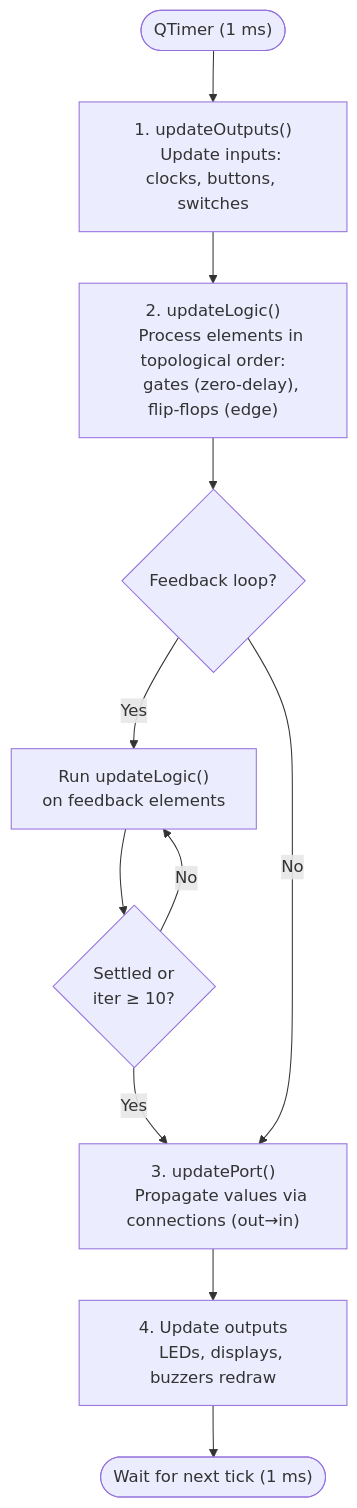
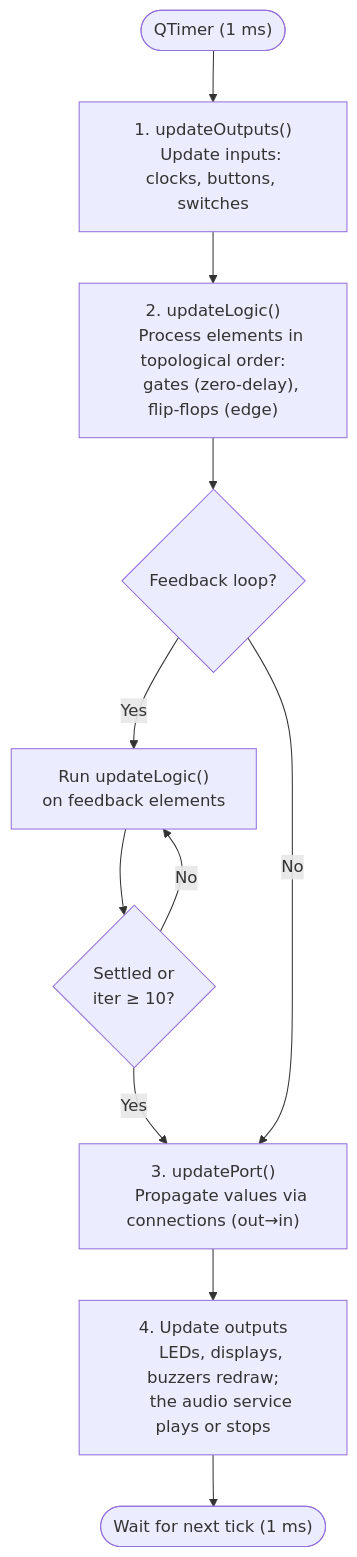
Before and after one commit to GIBIS-UNIFESP/wiRedPanda: the diagram in DEVELOPER_GUIDE.md, drawn with Mermaid. The commit also changed 41 other files, not shown here.

````diff
--- a/DEVELOPER_GUIDE.md
+++ b/DEVELOPER_GUIDE.md
@@ -790,26 +790,27 @@
 ```mermaid
 flowchart TD
     timer(["QTimer (1 ms)"])
     step1["1. updateOutputs()
     Update inputs: clocks, buttons, switches"]
     step2["2. updateLogic()
     Process elements in topological order:
     gates (zero-delay), flip-flops (edge)"]
     feedback{"Feedback loop?"}
     run_logic["Run updateLogic()
     on feedback elements"]
     settled{"Settled or
     iter ≥ 10?"}
     step3["3. updatePort()
     Propagate values via connections (out→in)"]
     step4["4. Update outputs
-    LEDs, displays, buzzers redraw"]
+    LEDs, displays, buzzers redraw;
+    the audio service plays or stops"]
     wait(["Wait for next tick (1 ms)"])
 
     timer --> step1 --> step2 --> feedback
     feedback -- Yes --> run_logic --> settled
     settled -- No --> run_logic
     settled -- Yes --> step3
     feedback -- No --> step3
     step3 --> step4 --> wait
 ```
````
